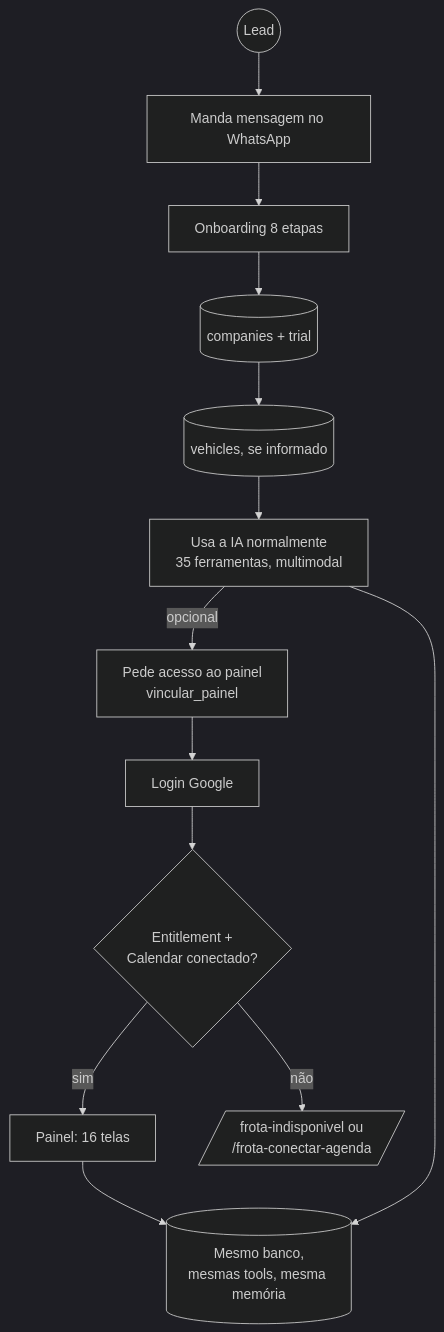
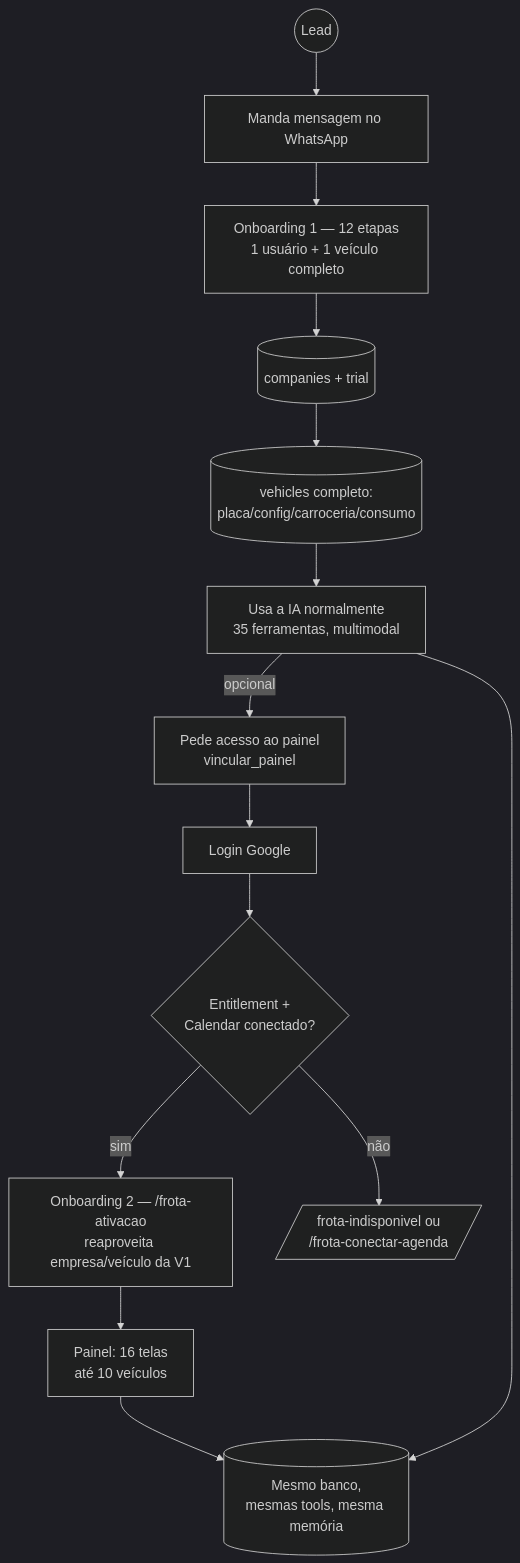
One commit to rafaelkamosaquario-cpu/frotaia changed diagram 16 of 17 in docs/FROTA_IA_FLUXOS_V1_V2_ATUAL.md. Above: the diagram before and after it, drawn with Mermaid (dark theme). The commit also changed other lines of this file and 19 other files, not shown here.

First line of the commit message:
Implementa Onboarding 2: ativação do Painel de Gestão (Frota IA Gestão)

````diff
--- a/docs/FROTA_IA_FLUXOS_V1_V2_ATUAL.md
+++ b/docs/FROTA_IA_FLUXOS_V1_V2_ATUAL.md
@@ -250,15 +250,16 @@
 ```mermaid
 flowchart TD
     Lead((Lead)) --> WA3[Manda mensagem no WhatsApp]
-    WA3 --> Cadastro[Onboarding 8 etapas]
+    WA3 --> Cadastro[Onboarding 1 — 12 etapas<br/>1 usuário + 1 veículo completo]
     Cadastro --> Empresa[(companies + trial)]
-    Empresa --> Veiculo[(vehicles, se informado)]
+    Empresa --> Veiculo[(vehicles completo:<br/>placa/config/carroceria/consumo)]
     Veiculo --> Uso1[Usa a IA normalmente<br/>35 ferramentas, multimodal]
     Uso1 -->|opcional| Vincular[Pede acesso ao painel<br/>vincular_painel]
     Vincular --> Login[Login Google]
     Login --> Gate2{Entitlement +<br/>Calendar conectado?}
-    Gate2 -->|sim| Painel3[Painel: 16 telas]
+    Gate2 -->|sim| Ativacao[Onboarding 2 — /frota-ativacao<br/>reaproveita empresa/veículo da V1]
     Gate2 -->|não| Bloqueio[/frota-indisponivel ou<br/>/frota-conectar-agenda/]
+    Ativacao --> Painel3[Painel: 16 telas<br/>até 10 veículos]
     Painel3 --> MesmoBanco[(Mesmo banco,<br/>mesmas tools, mesma memória)]
     Uso1 --> MesmoBanco
 ```
````
